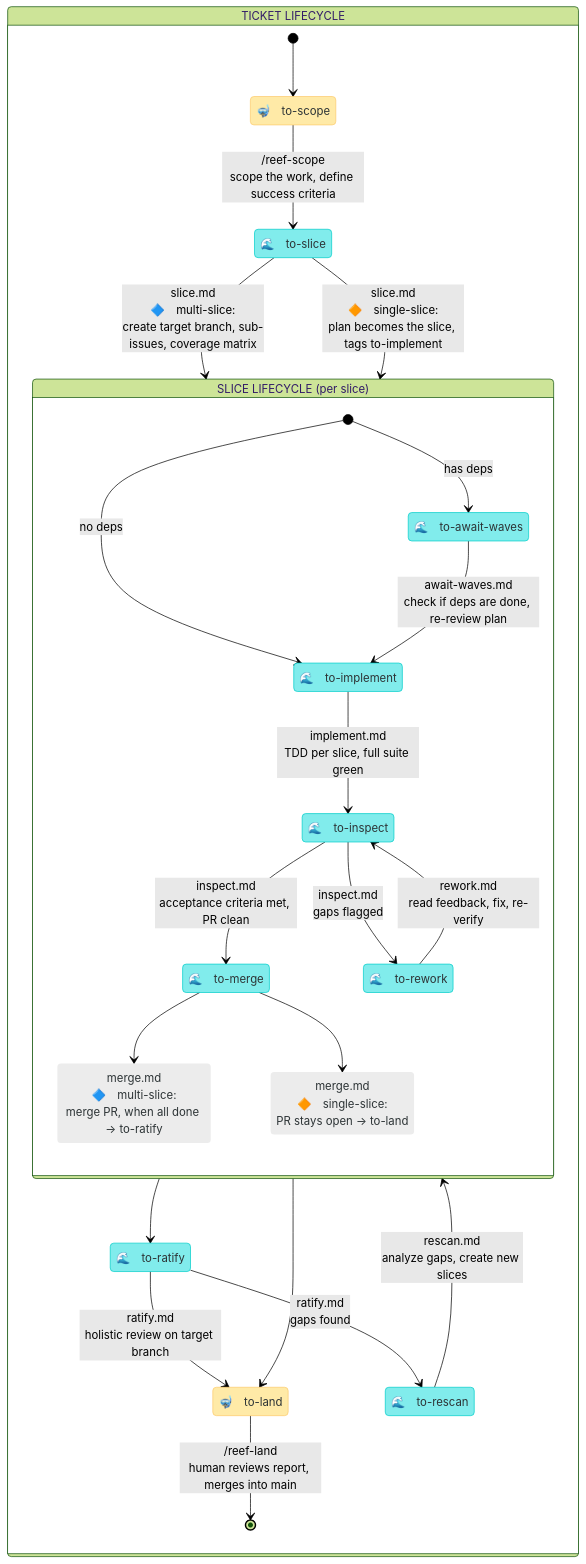
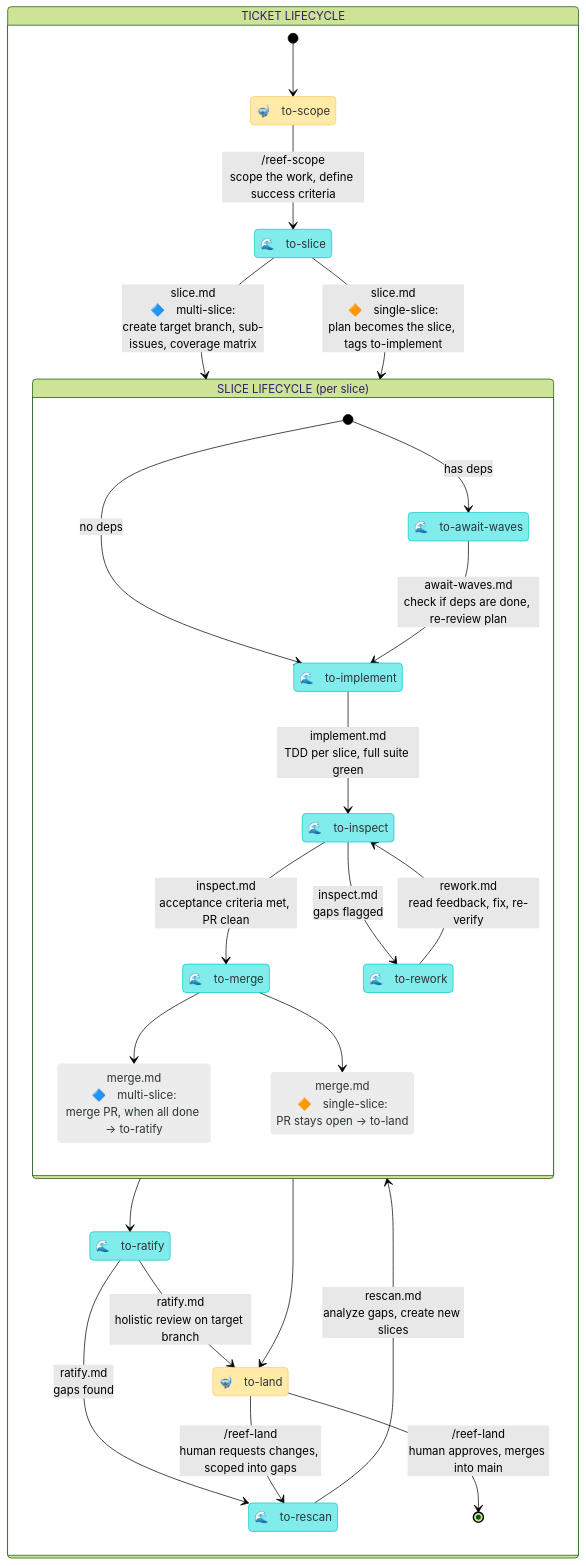
One commit to mesqueeb/moonjelly-reef changed the diagram in README.md. Above: the diagram before and after it, drawn with Mermaid (forest theme). The commit also changed other lines of this file and 30 other files, not shown here.

````diff
--- a/README.md
+++ b/README.md
@@ -30,52 +30,53 @@
 ```mermaid
 stateDiagram-v2
     direction TB
 
     classDef human fill:#ffeaa7,stroke:#fdcb6e,color:#2d3436
     classDef agent fill:#81ecec,stroke:#00cec9,color:#2d3436
     classDef arrow fill:#ececec,stroke:#ffffff00,color:#2d3436
 
     state "TICKET LIFECYCLE" as work {
 
         state "🤿　to-scope" as to_scope
         state "🌊　to-slice" as to_slice
         state "🌊　to-ratify" as to_ratify
         state "🌊　to-rescan" as gaps_to_rescan
         state "🤿　to-land" as to_land
 
         [*] --> to_scope
         to_scope --> to_slice : /reef-scope<br />scope the work, define success criteria
         to_slice --> slice_lifecycle : slice.md<br />🔷　multi-slice:<br />create target branch, sub-issues, coverage matrix
         to_slice --> slice_lifecycle : slice.md<br />🔶　single-slice:<br />plan becomes the slice, tags to-implement
         slice_lifecycle --> to_ratify
         slice_lifecycle --> to_land
         to_ratify --> to_land : ratify.md<br />holistic review on target branch
         to_ratify --> gaps_to_rescan : ratify.md<br />gaps found
         gaps_to_rescan --> slice_lifecycle : rescan.md<br />analyze gaps, create new slices
-        to_land --> [*] : /reef-land<br />human reviews report, merges into main
+        to_land --> [*] : /reef-land<br />human approves, merges into main
+        to_land --> gaps_to_rescan : /reef-land<br />human requests changes, scoped into gaps
     }
 
     state "SLICE LIFECYCLE (per slice)" as slice_lifecycle {
 
         state "🌊　to-await-waves" as to_await
         state "🌊　to-implement" as to_implement
         state "🌊　to-inspect" as to_inspect
         state "🌊　to-rework" as needs_rework
         state "🌊　to-merge" as to_merge
         state "merge.md<br />🔷　multi-slice:<br />merge PR, when all done → to-ratify" as merge_multi
         state "merge.md<br />🔶　single-slice:<br />PR stays open → to-land" as merge_single
         [*] --> to_implement : no deps
         [*] --> to_await : has deps
         to_await --> to_implement : await-waves.md<br />check if deps are done, re-review plan
         to_implement --> to_inspect : implement.md<br />TDD per slice, full suite green
         to_inspect --> to_merge : inspect.md<br />acceptance criteria met, PR clean
         to_inspect --> needs_rework : inspect.md<br />gaps flagged
         needs_rework --> to_inspect : rework.md<br />read feedback, fix, re-verify
         to_merge --> merge_multi
         to_merge --> merge_single
     }
 
     class to_scope,to_land human
     class to_slice,to_ratify,gaps_to_rescan,to_await,to_implement,to_inspect,needs_rework,to_merge agent
     class merge_multi,merge_single arrow
 ```
````
